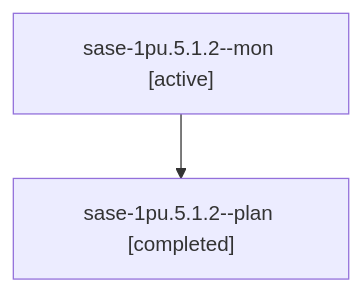
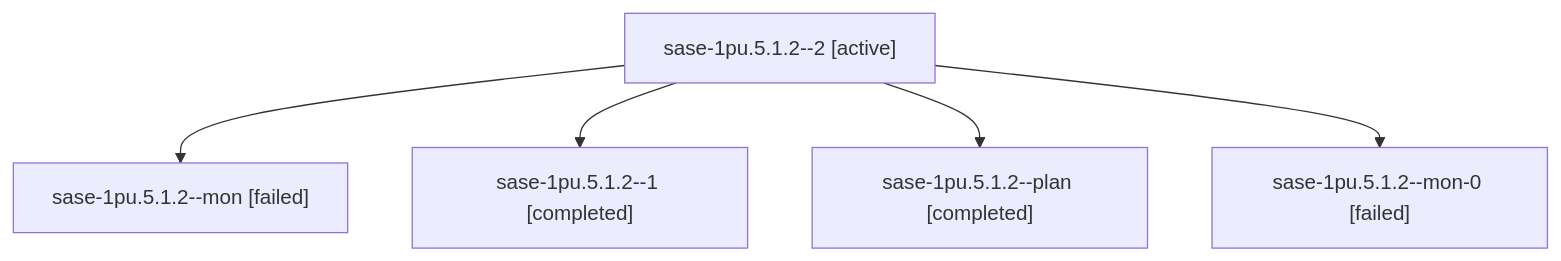
Before and after one commit to sase-org/sase--agents: the diagram in sessions/bbugyi200.athena.sase-1pu.5.1.2.md, drawn with Mermaid. The commit also changed other lines of this file and 61 other files, not shown here.

````diff
--- a/sessions/bbugyi200.athena.sase-1pu.5.1.2.md
+++ b/sessions/bbugyi200.athena.sase-1pu.5.1.2.md
@@ -9,6 +9,12 @@
 ```mermaid
 flowchart TD
-  n0["sase-1pu.5.1.2--mon [active]"]
-  n1["sase-1pu.5.1.2--plan [completed]"]
+  n0["sase-1pu.5.1.2--2 [active]"]
+  n1["sase-1pu.5.1.2--mon [failed]"]
   n0 --> n1
+  n2["sase-1pu.5.1.2--1 [completed]"]
+  n0 --> n2
+  n3["sase-1pu.5.1.2--plan [completed]"]
+  n0 --> n3
+  n4["sase-1pu.5.1.2--mon-0 [failed]"]
+  n0 --> n4
 ```
````
